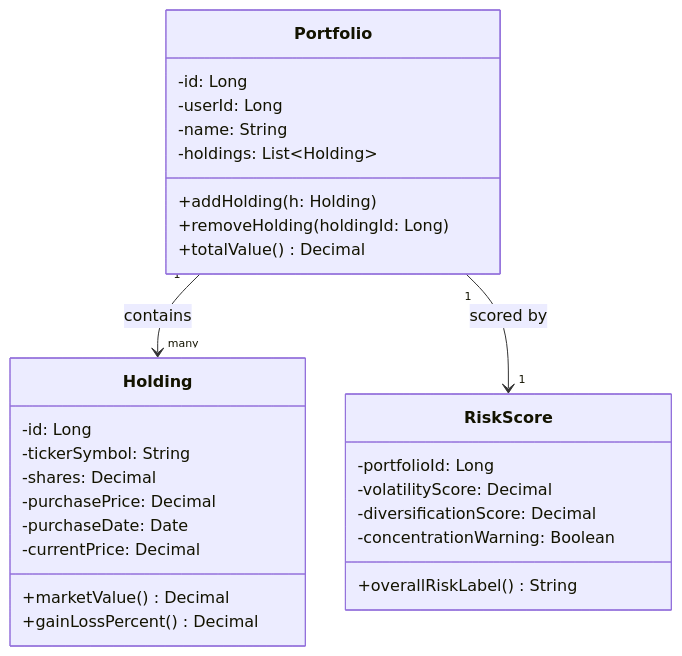
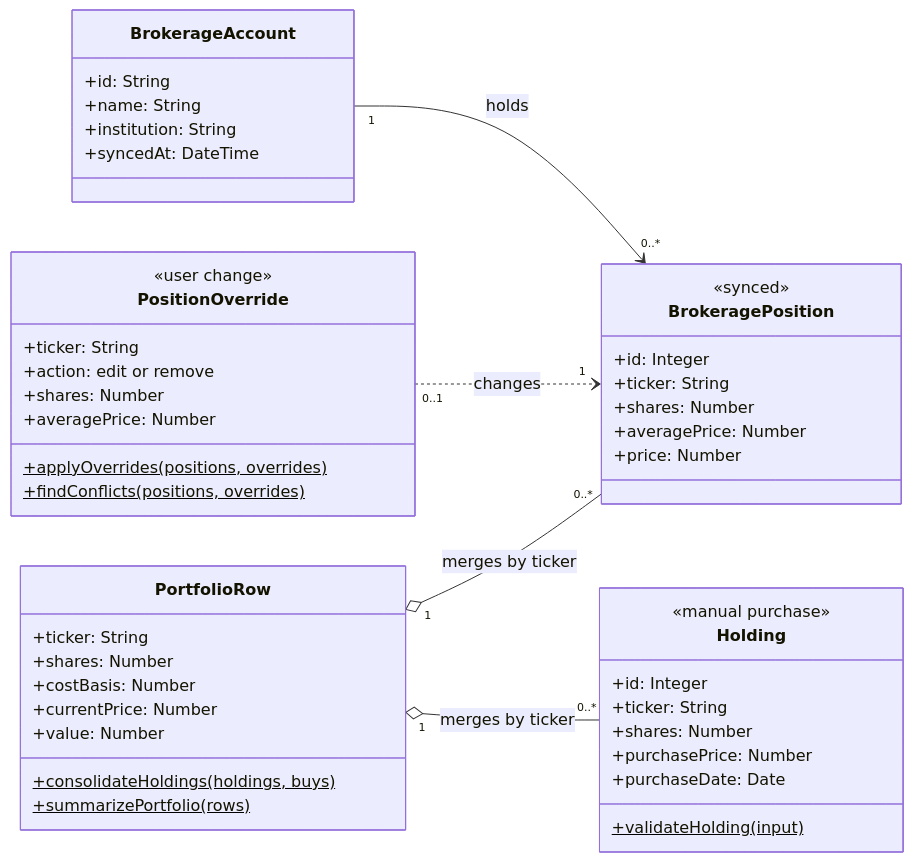
One commit to dquin144/cen5064-project-quinones changed the third of 4 diagrams in README.md. Above: the diagram before and after it, drawn with Mermaid. The commit also changed other lines of this file and 2 other files, not shown here.

First line of the commit message:
Bring README and ADRs up to date for the midterm

````diff
--- a/README.md
+++ b/README.md
@@ -102,36 +177,50 @@
 ```mermaid
-%%{init: {'flowchart': {'nodeSpacing': 40, 'rankSpacing': 60}}}%%
 classDiagram
-    direction TB
-    class Portfolio {
-        -id: Long
-        -userId: Long
-        -name: String
-        -holdings: List~Holding~
-        +addHolding(h: Holding)
-        +removeHolding(holdingId: Long)
-        +totalValue() Decimal
+    direction LR
+    class Holding {
+        <<manual purchase>>
+        +id: Integer
+        +ticker: String
+        +shares: Number
+        +purchasePrice: Number
+        +purchaseDate: Date
+        +validateHolding(input)$
     }
- 
-    class Holding {
-        -id: Long
-        -tickerSymbol: String
-        -shares: Decimal
-        -purchasePrice: Decimal
-        -purchaseDate: Date
-        -currentPrice: Decimal
-        +marketValue() Decimal
-        +gainLossPercent() Decimal
+    class BrokerageAccount {
+        +id: String
+        +name: String
+        +institution: String
+        +syncedAt: DateTime
     }
- 
-    class RiskScore {
-        -portfolioId: Long
-        -volatilityScore: Decimal
-        -diversificationScore: Decimal
-        -concentrationWarning: Boolean
-        +overallRiskLabel() String
+    class BrokeragePosition {
+        <<synced>>
+        +id: Integer
+        +ticker: String
+        +shares: Number
+        +averagePrice: Number
+        +price: Number
     }
- 
-    Portfolio "1" --> "many" Holding : contains
-    Portfolio "1" --> "1" RiskScore : scored by
+    class PositionOverride {
+        <<user change>>
+        +ticker: String
+        +action: edit or remove
+        +shares: Number
+        +averagePrice: Number
+        +applyOverrides(positions, overrides)$
+        +findConflicts(positions, overrides)$
+    }
+    class PortfolioRow {
+        +ticker: String
+        +shares: Number
+        +costBasis: Number
+        +currentPrice: Number
+        +value: Number
+        +consolidateHoldings(holdings, buys)$
+        +summarizePortfolio(rows)$
+    }
+
+    BrokerageAccount "1" --> "0..*" BrokeragePosition : holds
+    PositionOverride "0..1" ..> "1" BrokeragePosition : changes
+    PortfolioRow "1" o-- "0..*" Holding : merges by ticker
+    PortfolioRow "1" o-- "0..*" BrokeragePosition : merges by ticker
 ```
````
